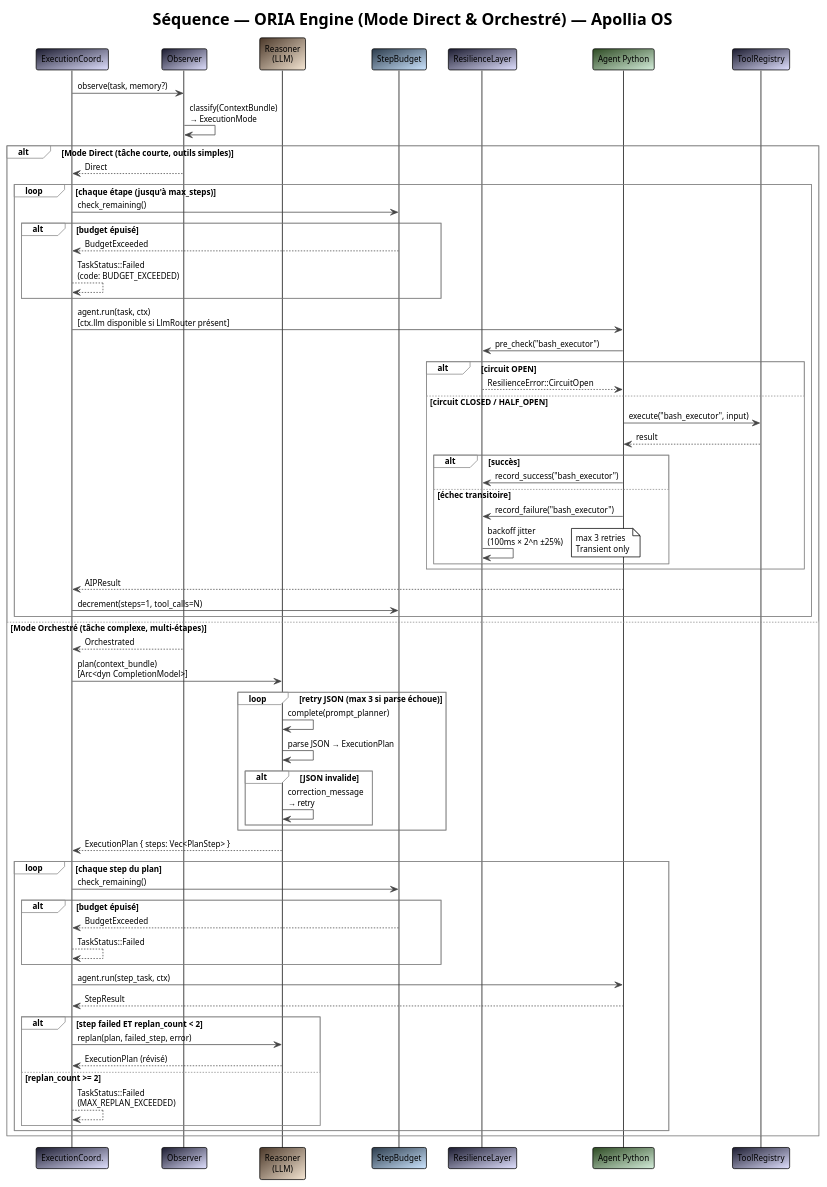
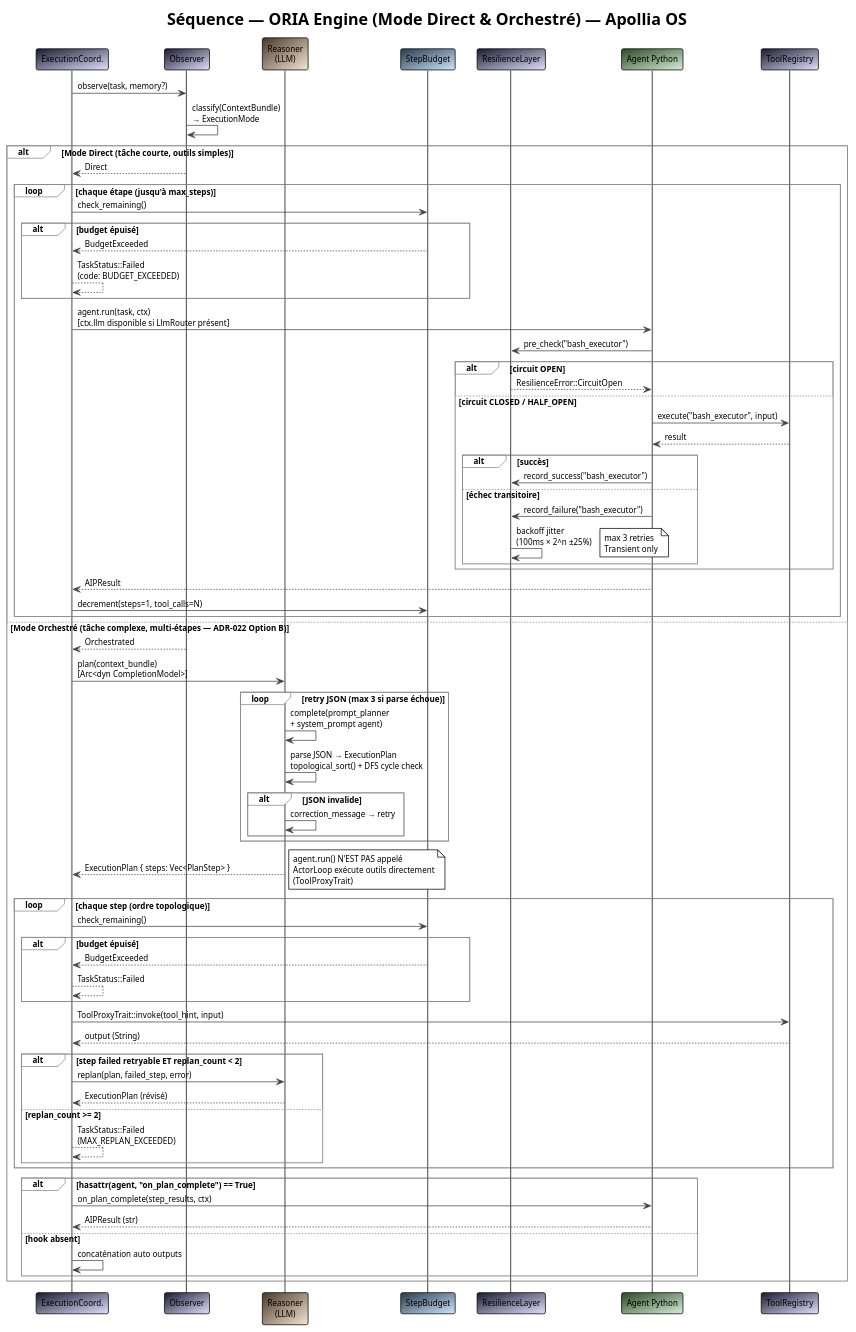
One commit to nidal-z/apollia-os changed the diagram in docs/diagrams/seq-oria-loop.puml. Above: the diagram before and after it, drawn with PlantUML. The commit also changed 10 other files, not shown here.

First line of the commit message:
feat(agents): add orchestration mode documentation and diagrams

```diff
--- a/docs/diagrams/seq-oria-loop.puml
+++ b/docs/diagrams/seq-oria-loop.puml
@@ -1,95 +1,103 @@
 @startuml seq-oria-loop
 !theme plain
 skinparam backgroundColor #FFFFFF
 skinparam defaultFontName "JetBrains Mono"
 skinparam defaultFontSize 11
 skinparam ArrowColor #444444
 skinparam BorderColor #444444
 skinparam SequenceGroupBorderColor #888888
 
 title Séquence — ORIA Engine (Mode Direct & Orchestré) — Apollia OS
 
 participant "ExecutionCoord." as coord #1a1a2e/e0e0ff
 participant "Observer" as obs #1a1a2e/e0e0ff
 participant "Reasoner\n(LLM)" as reasoner #4a3728/f5e6d3
 participant "StepBudget" as budget #2a3a4a/cce5ff
 participant "ResilienceLayer" as resilience #1a1a2e/e0e0ff
 participant "Agent Python" as agent #2d4a22/d4edda
 participant "ToolRegistry" as tools #1a1a2e/e0e0ff
 
 coord -> obs : observe(task, memory?)
 
 obs -> obs : classify(ContextBundle)\n→ ExecutionMode
 
 alt Mode Direct (tâche courte, outils simples)
 
   obs --> coord : Direct
 
   loop chaque étape (jusqu'à max_steps)
     coord -> budget : check_remaining()
 
     alt budget épuisé
       budget --> coord : BudgetExceeded
       coord --> coord : TaskStatus::Failed\n(code: BUDGET_EXCEEDED)
     end
 
     coord -> agent : agent.run(task, ctx)\n[ctx.llm disponible si LlmRouter présent]
     agent -> resilience : pre_check("bash_executor")
 
     alt circuit OPEN
       resilience --> agent : ResilienceError::CircuitOpen
     else circuit CLOSED / HALF_OPEN
       agent -> tools : execute("bash_executor", input)
       tools --> agent : result
 
       alt succès
         agent -> resilience : record_success("bash_executor")
       else échec transitoire
         agent -> resilience : record_failure("bash_executor")
         resilience -> resilience : backoff jitter\n(100ms × 2^n ±25%)
         note right : max 3 retries\nTransient only
       end
     end
 
     agent --> coord : AIPResult
     coord -> budget : decrement(steps=1, tool_calls=N)
   end
 
-else Mode Orchestré (tâche complexe, multi-étapes)
+else Mode Orchestré (tâche complexe, multi-étapes — ADR-022 Option B)
 
   obs --> coord : Orchestrated
 
   coord -> reasoner : plan(context_bundle)\n[Arc<dyn CompletionModel>]
 
   loop retry JSON (max 3 si parse échoue)
-    reasoner -> reasoner : complete(prompt_planner)
-    reasoner -> reasoner : parse JSON → ExecutionPlan
+    reasoner -> reasoner : complete(prompt_planner\n+ system_prompt agent)
+    reasoner -> reasoner : parse JSON → ExecutionPlan\ntopological_sort() + DFS cycle check
     alt JSON invalide
-      reasoner -> reasoner : correction_message\n→ retry
+      reasoner -> reasoner : correction_message → retry
     end
   end
 
   reasoner --> coord : ExecutionPlan { steps: Vec<PlanStep> }
+  note right : agent.run() N'EST PAS appelé\nActorLoop exécute outils directement\n(ToolProxyTrait)
 
-  loop chaque step du plan
+  loop chaque step (ordre topologique)
     coord -> budget : check_remaining()
 
     alt budget épuisé
       budget --> coord : BudgetExceeded
       coord --> coord : TaskStatus::Failed
     end
 
-    coord -> agent : agent.run(step_task, ctx)
-    agent --> coord : StepResult
+    coord -> tools : ToolProxyTrait::invoke(tool_hint, input)
+    tools --> coord : output (String)
 
-    alt step failed ET replan_count < 2
+    alt step failed retryable ET replan_count < 2
       coord -> reasoner : replan(plan, failed_step, error)
       reasoner --> coord : ExecutionPlan (révisé)
     else replan_count >= 2
       coord --> coord : TaskStatus::Failed\n(MAX_REPLAN_EXCEEDED)
     end
   end
 
+  alt hasattr(agent, "on_plan_complete") == True
+    coord -> agent : on_plan_complete(step_results, ctx)
+    agent --> coord : AIPResult (str)
+  else hook absent
+    coord -> coord : concaténation auto outputs
+  end
+
 end
 
 @enduml
```
